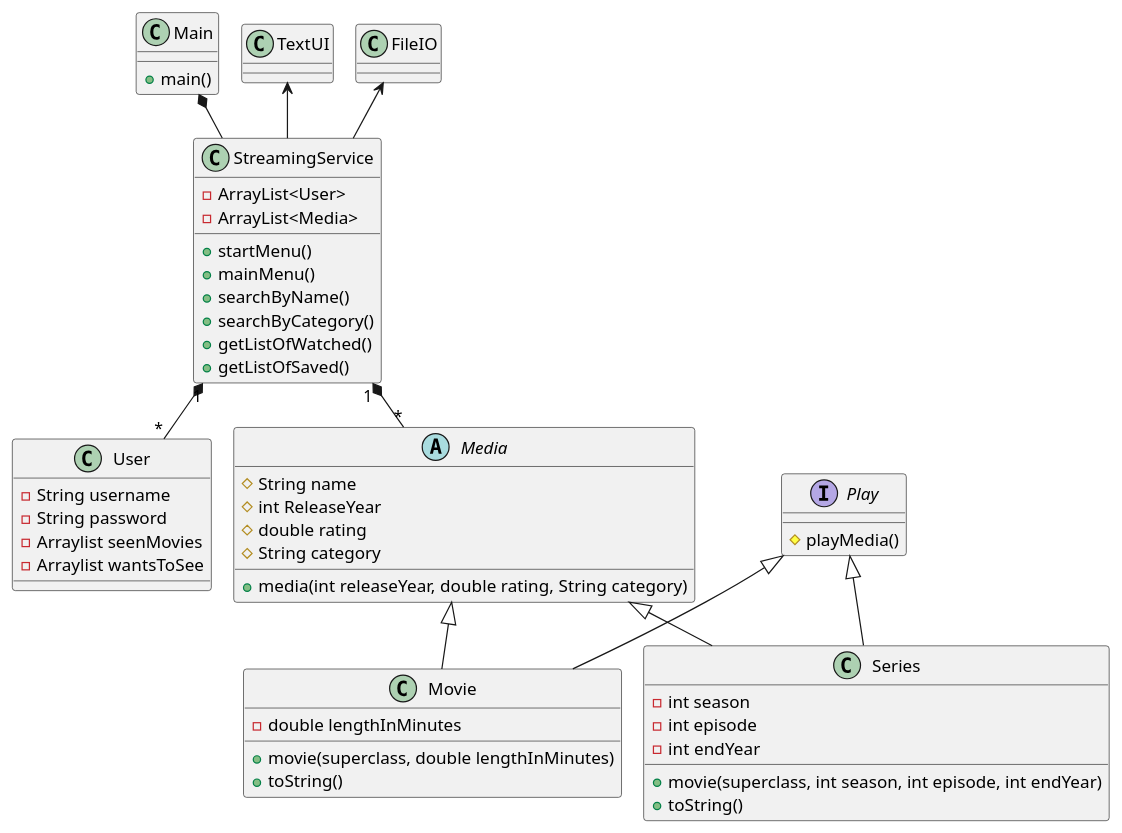
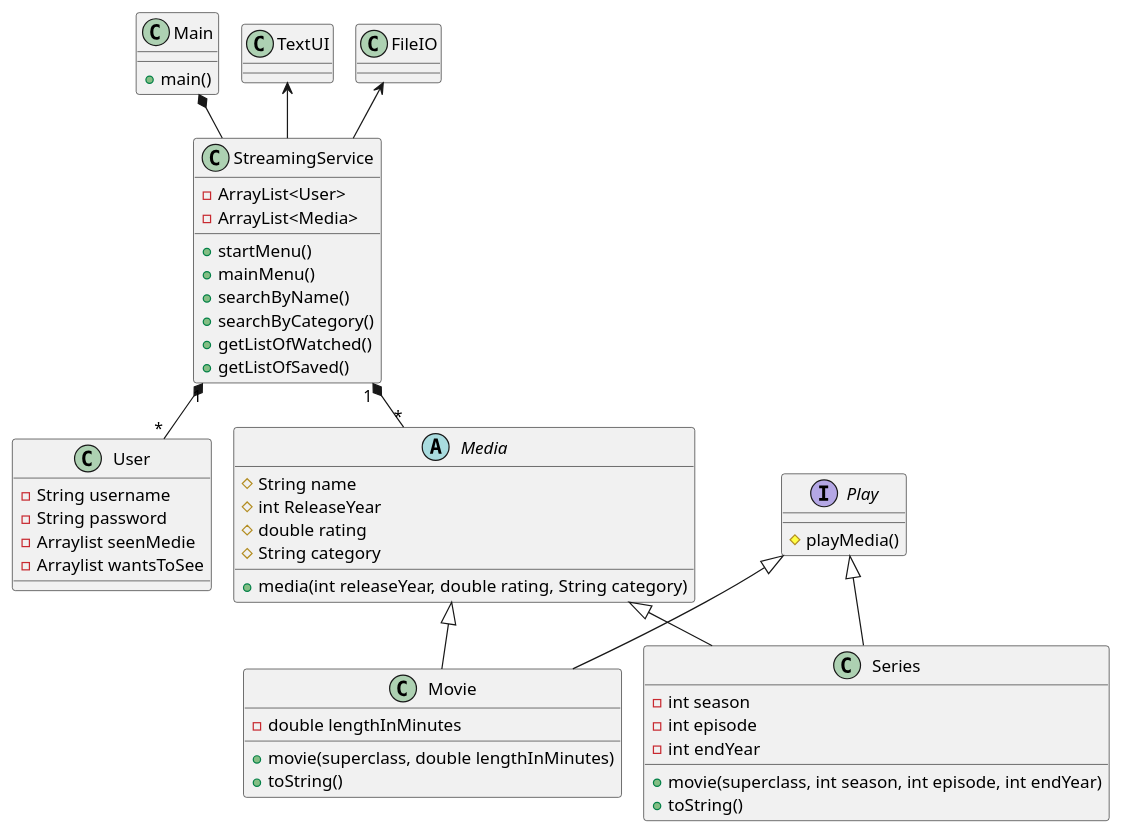
One commit to Eligoon/SP3_Gruppe_G changed the diagram in Diagrams/SP3ClassDiagram v.1.puml. Above: the diagram before and after it, drawn with PlantUML.

Commit message:
Edited the name of the ArrayList SeenMovie to SeenMedie

```diff
--- a/Diagrams/SP3ClassDiagram v.1.puml
+++ b/Diagrams/SP3ClassDiagram v.1.puml
@@ -1,78 +1,78 @@
 @startuml
 'https://plantuml.com/class-diagram
 !pragma layout smetana
 Main *-- StreamingService
 StreamingService "1" *-- "*" User
 StreamingService "1" *-- "*" Media
 Media <|-- Movie
 Media <|-- Series
 TextUI <--StreamingService
 FileIO <-- StreamingService
 Play <|-- Movie
 Play <|-- Series
 
 
 class Main
 {
 + main()
 }
 
 class StreamingService
 {
  - ArrayList<User>
  - ArrayList<Media>
  + startMenu()
  + mainMenu()
  + searchByName()
  + searchByCategory()
  + getListOfWatched()
  + getListOfSaved()
 }
 
 abstract class Media
 {
 # String name
 # int ReleaseYear
 # double rating
 # String category
 + media(int releaseYear, double rating, String category)
 }
 
 class Movie
 {
 - double lengthInMinutes
 + movie(superclass, double lengthInMinutes)
 + toString()
 }
 
 class Series
 {
 - int season
 - int episode
 - int endYear
 + movie(superclass, int season, int episode, int endYear)
 + toString()
 }
 
 class User
 {
 - String username
 - String password
-- Arraylist seenMovies
+- Arraylist seenMedie
 - Arraylist wantsToSee
 }
 
 class TextUI
 {
 }
 
 class FileIO
 {
 }
 
 interface Play
 {
 # playMedia()
 }
 
 @enduml
```
